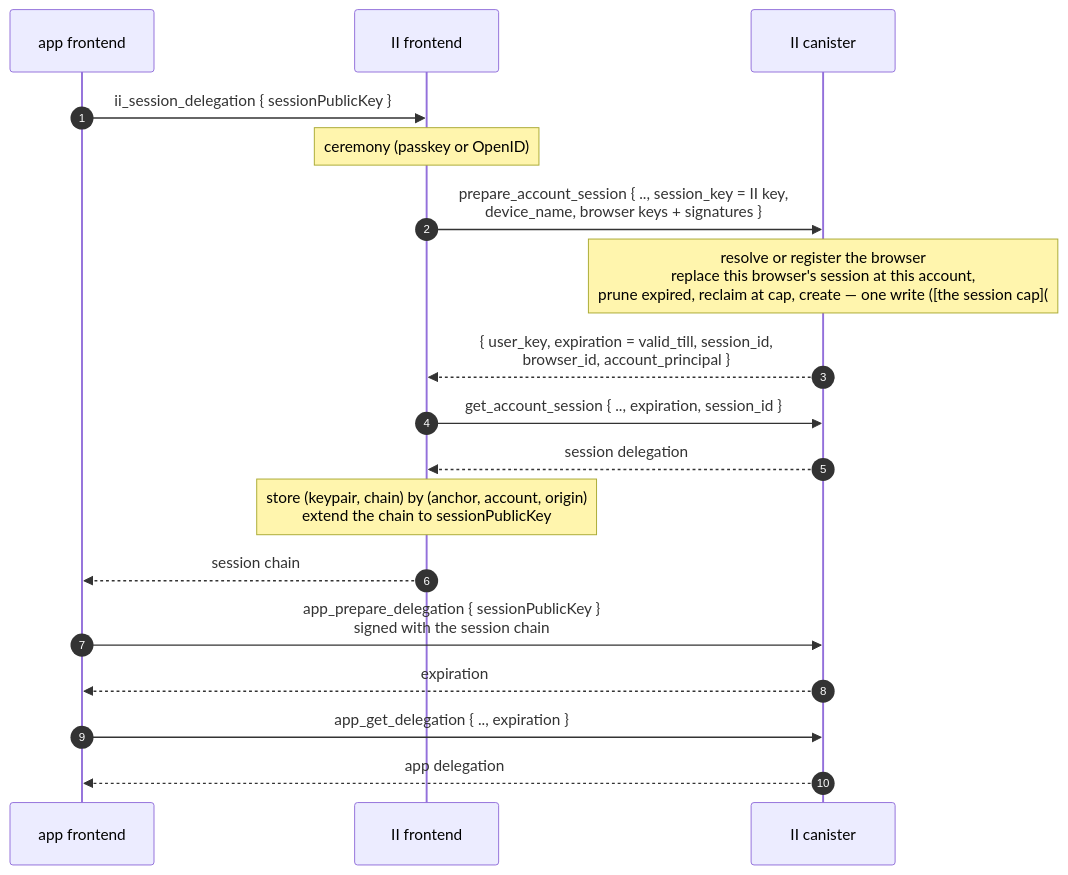
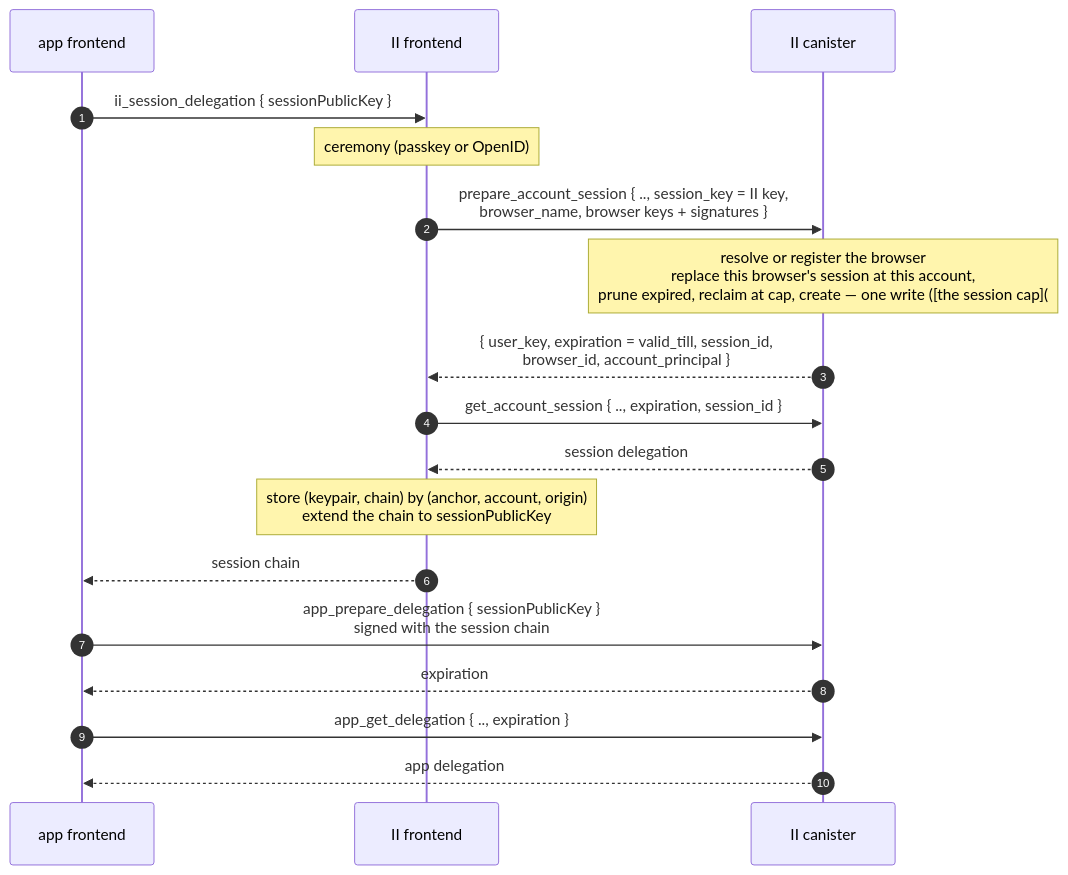
The third of 7 diagrams in docs/ongoing/revocable-app-sessions-spec.md (dfinity/internet-identity), drawn with Mermaid before and after one commit. The commit also changed other lines of this file, not shown here.

First line of the commit message:
docs: the sign-in request and its errors say browser

````diff
--- a/docs/ongoing/revocable-app-sessions-spec.md
+++ b/docs/ongoing/revocable-app-sessions-spec.md
@@ -561,20 +561,20 @@
 ```mermaid
 sequenceDiagram
     autonumber
     participant App as app frontend
     participant IIF as II frontend
     participant IIC as II canister
     App->>IIF: ii_session_delegation { sessionPublicKey }
     Note over IIF: ceremony (passkey or OpenID)
-    IIF->>IIC: prepare_account_session { .., session_key = II key,<br/>device_name, browser keys + signatures }
+    IIF->>IIC: prepare_account_session { .., session_key = II key,<br/>browser_name, browser keys + signatures }
     Note over IIC: resolve or register the browser<br/>replace this browser's session at this account,<br/>prune expired, reclaim at cap, create — one write ([the session cap](#the-session-cap))
     IIC-->>IIF: { user_key, expiration = valid_till, session_id,<br/>browser_id, account_principal }
     IIF->>IIC: get_account_session { .., expiration, session_id }
     IIC-->>IIF: session delegation
     Note over IIF: store (keypair, chain) by (anchor, account, origin)<br/>extend the chain to sessionPublicKey
     IIF-->>App: session chain
     App->>IIC: app_prepare_delegation { sessionPublicKey }<br/>signed with the session chain
     IIC-->>App: expiration
     App->>IIC: app_get_delegation { .., expiration }
     IIC-->>App: app delegation
 ```
````
